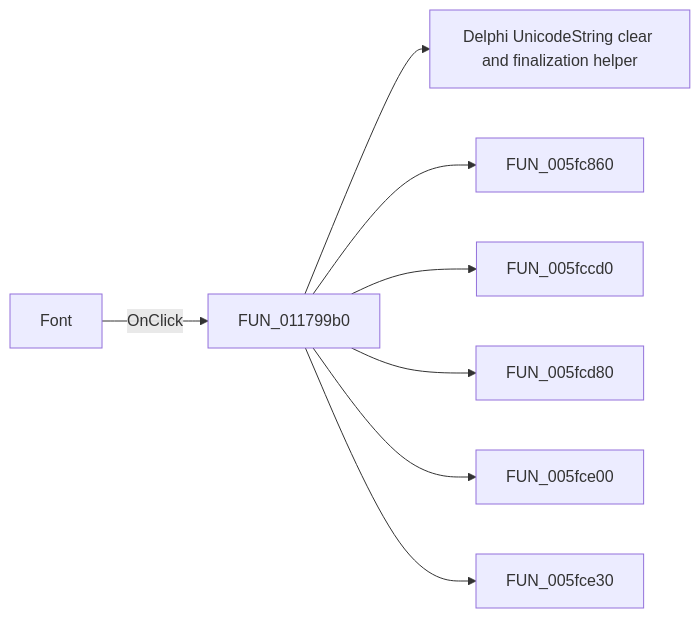
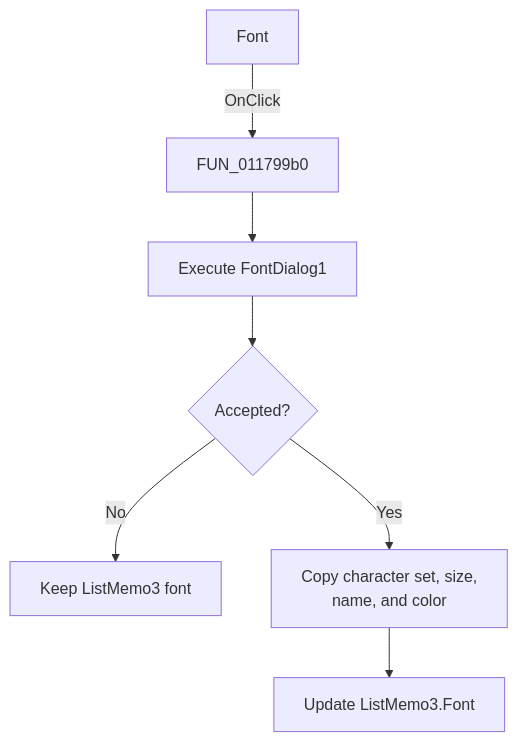
The diagram in docs/ui-controls/response-form1/fonttype6-c73266f181.md (MovGP0/TIARA), drawn with Mermaid before and after one commit. The commit also changed other lines of this file and 1062 other files, not shown here.

````diff
--- a/docs/ui-controls/response-form1/fonttype6-c73266f181.md
+++ b/docs/ui-controls/response-form1/fonttype6-c73266f181.md
@@ -27,10 +27,9 @@
 ```mermaid
-flowchart LR
+flowchart TD
     control["Font"] -->|OnClick| handler["FUN_011799b0"]
-    handler --> call1["Delphi UnicodeString clear and finalization helper"]
-    handler --> call2["FUN_005fc860"]
-    handler --> call3["FUN_005fccd0"]
-    handler --> call4["FUN_005fcd80"]
-    handler --> call5["FUN_005fce00"]
-    handler --> call6["FUN_005fce30"]
+    handler --> dialog["Execute FontDialog1"]
+    dialog --> accepted{"Accepted?"}
+    accepted -->|No| keep["Keep ListMemo3 font"]
+    accepted -->|Yes| copy["Copy character set, size,<br/>name, and color"]
+    copy --> target["Update ListMemo3.Font"]
 ```
````
